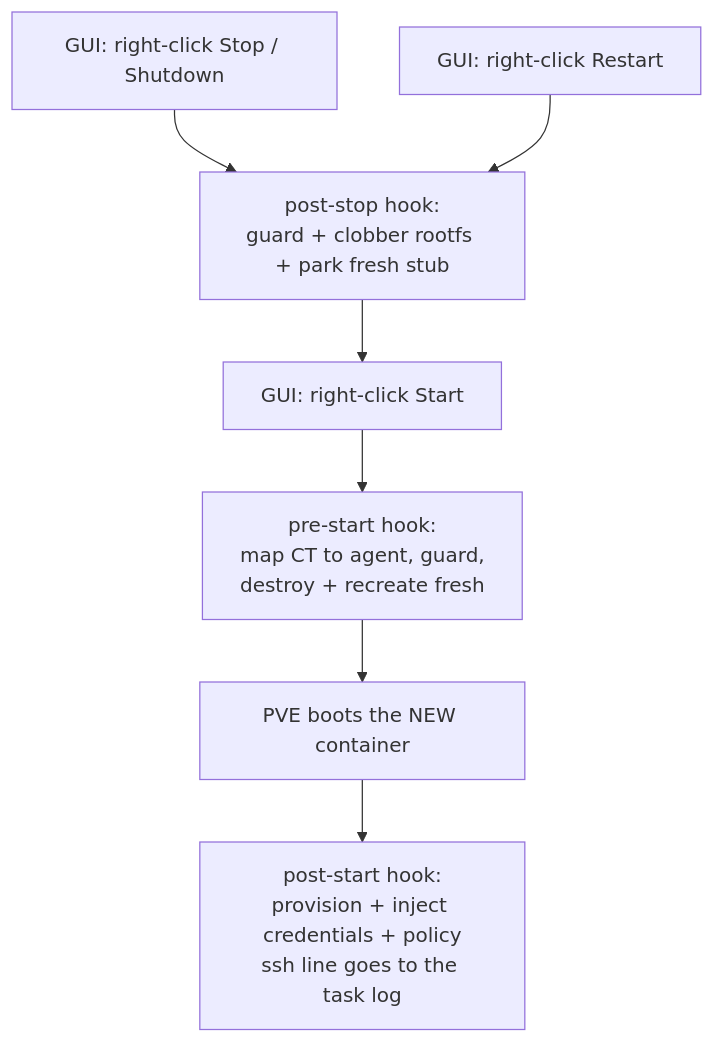
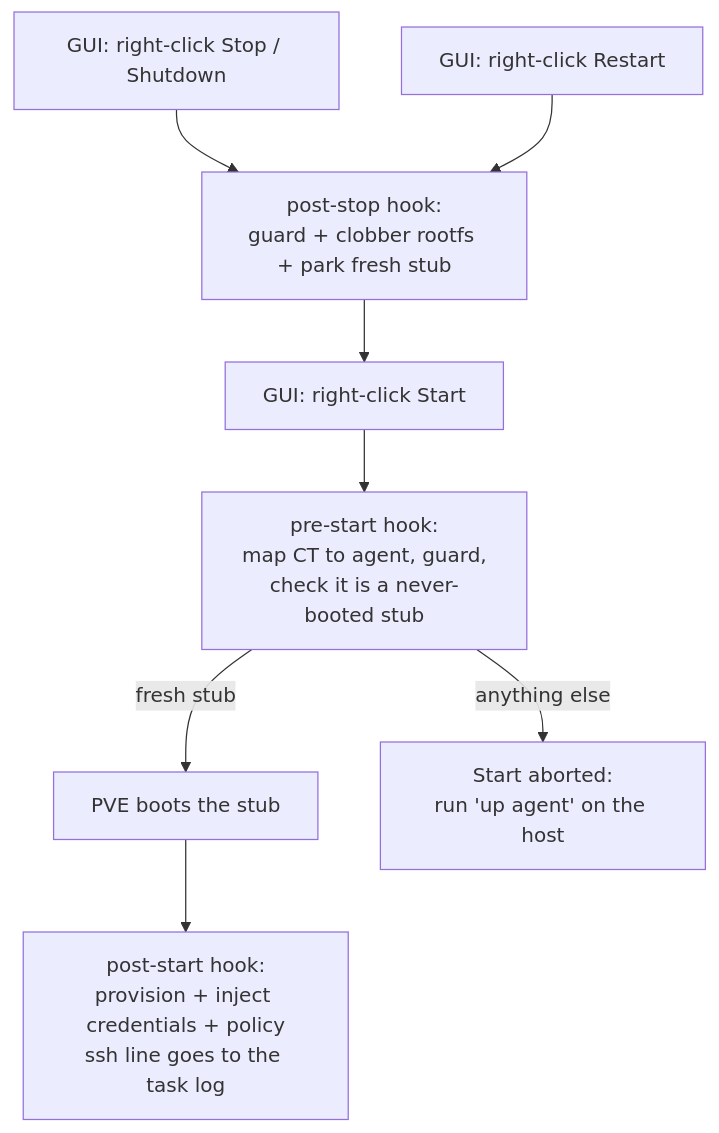
The diagram in README.md (itsfja/AI-sandbox), drawn with Mermaid before and after one commit. The commit also changed other lines of this file and 3 other files, not shown here.

````diff
--- a/README.md
+++ b/README.md
@@ -462,9 +462,10 @@
 ```mermaid
 flowchart TD
-    S["GUI: right-click Start"] --> PS1["pre-start hook:<br/>map CT to agent, guard,<br/>destroy + recreate fresh"]
-    PS1 --> PVEB["PVE boots the NEW container"]
+    S["GUI: right-click Start"] --> PS1["pre-start hook:<br/>map CT to agent, guard,<br/>check it is a never-booted stub"]
+    PS1 -->|fresh stub| PVEB["PVE boots the stub"]
+    PS1 -->|anything else| AB["Start aborted:<br/>run 'up agent' on the host"]
     PVEB --> PS2["post-start hook:<br/>provision + inject credentials + policy<br/>ssh line goes to the task log"]
     T["GUI: right-click Stop / Shutdown"] --> PR2["post-stop hook:<br/>guard + clobber rootfs + park fresh stub"]
     R["GUI: right-click Restart"] --> PR2
     PR2 --> S
 ```
````
